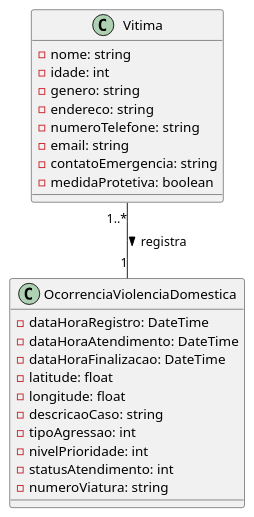
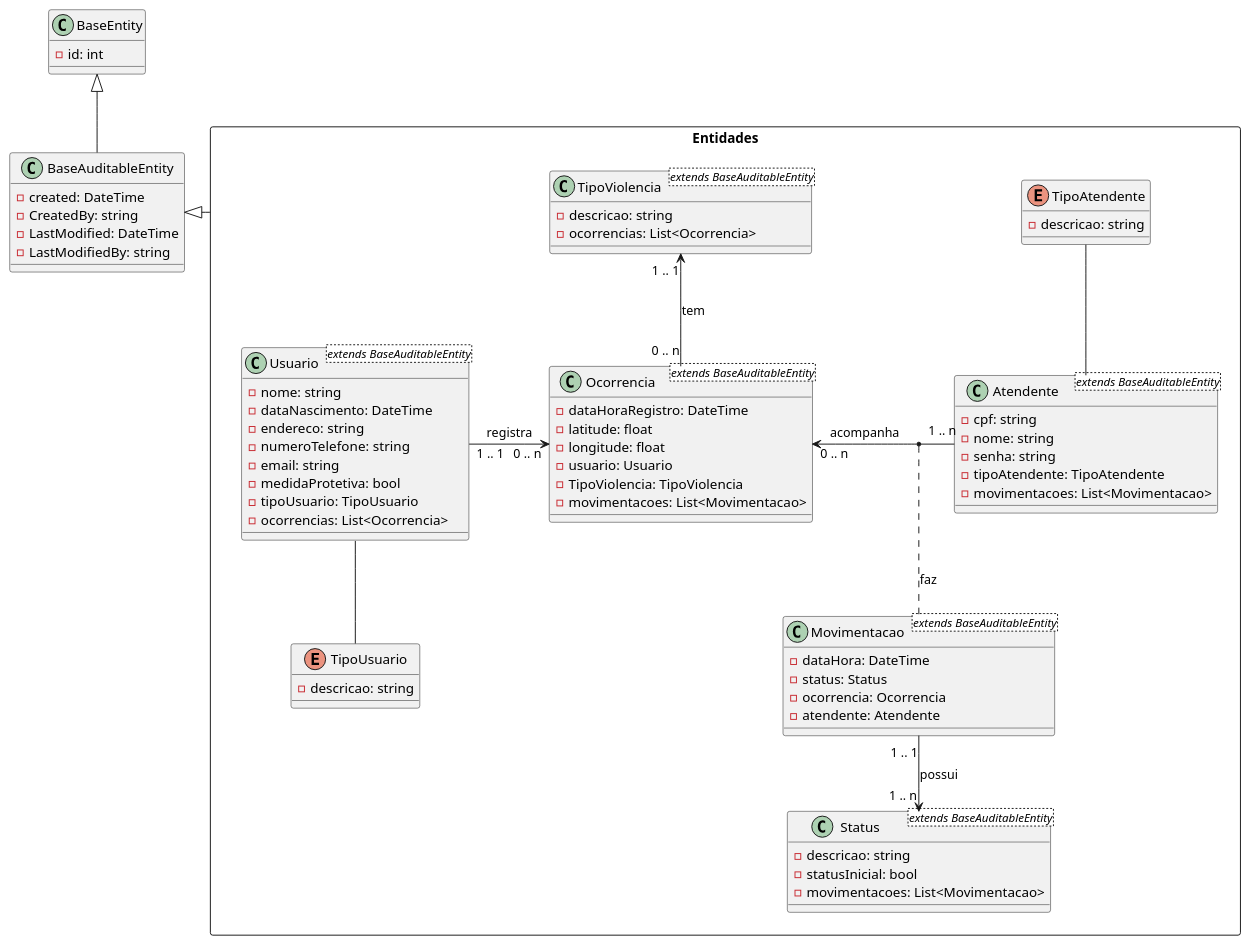
The diagram in documentation/medeixe_classdiagram.puml (medeixe180/medeixe-apimin), drawn with PlantUML before and after one commit. The commit also changed 10 other files, not shown here.

```diff
--- a/documentation/medeixe_classdiagram.puml
+++ b/documentation/medeixe_classdiagram.puml
@@ -1,28 +1,89 @@
-@startuml
-class Vitima {
-  -nome: string
-  -idade: int
-  -genero: string
-  -endereco: string
-  -numeroTelefone: string
-  -email: string
-  -contatoEmergencia: string
-  -medidaProtetiva: boolean
+@startuml Diagrama de Classes do Me Deixe
+
+class BaseEntity
+{
+  -id: int
 }
 
-class OcorrenciaViolenciaDomestica {
-  -dataHoraRegistro: DateTime
-  -dataHoraAtendimento: DateTime
-  -dataHoraFinalizacao: DateTime
-  -latitude: float
-  -longitude: float
-  -descricaoCaso: string
-  -tipoAgressao: int
-  -nivelPrioridade: int
-  -statusAtendimento: int
-  -numeroViatura: string
+class BaseAuditableEntity extends BaseEntity
+{
+  -created: DateTime
+  -CreatedBy: string
+  -LastModified: DateTime
+  -LastModifiedBy: string
 }
 
-Vitima "1..*" -- "1" OcorrenciaViolenciaDomestica : registra >
+package Entidades <<Rectangle>>
+{
+  class Atendente <extends BaseAuditableEntity>
+  {
+    -cpf: string
+    -nome: string
+    -senha: string
+    -tipoAtendente: TipoAtendente
+    -movimentacoes: List<Movimentacao>
+  }
 
+  class Movimentacao <extends BaseAuditableEntity>
+  {
+    -dataHora: DateTime
+    -status: Status
+    -ocorrencia: Ocorrencia
+    -atendente: Atendente
+  }
+
+  class Ocorrencia <extends BaseAuditableEntity>
+  {
+    -dataHoraRegistro: DateTime
+    -latitude: float
+    -longitude: float
+    -usuario: Usuario
+    -TipoViolencia: TipoViolencia
+    -movimentacoes: List<Movimentacao>
+  }
+
+  class Status <extends BaseAuditableEntity>
+  {
+    -descricao: string
+    -statusInicial: bool
+    -movimentacoes: List<Movimentacao>
+  }
+
+  class TipoViolencia <extends BaseAuditableEntity>
+  {
+    -descricao: string
+    -ocorrencias: List<Ocorrencia>
+  }
+
+  class Usuario <extends BaseAuditableEntity>
+  {
+    -nome: string
+    -dataNascimento: DateTime
+    -endereco: string
+    -numeroTelefone: string
+    -email: string
+    -medidaProtetiva: bool
+    -tipoUsuario: TipoUsuario
+    -ocorrencias: List<Ocorrencia>
+  }
+
+  enum TipoAtendente
+  {
+    -descricao: string
+  }
+
+  enum TipoUsuario
+  {
+    -descricao: string
+  }
+
+  TipoAtendente -- Atendente
+  Ocorrencia "1 .. n" -left-> "0 .. n" Atendente : acompanha
+  (Atendente, Ocorrencia) .. Movimentacao : faz
+  Ocorrencia "0 .. n" <-left- "1 .. 1" Usuario : registra
+  Ocorrencia "0 .. n" -up-> "1 .. 1" TipoViolencia : tem
+  Movimentacao "1 .. 1" --> "1 .. n" Status : possui
+  Usuario -- TipoUsuario
+}
+Entidades -left-|> BaseAuditableEntity
 @enduml
```
